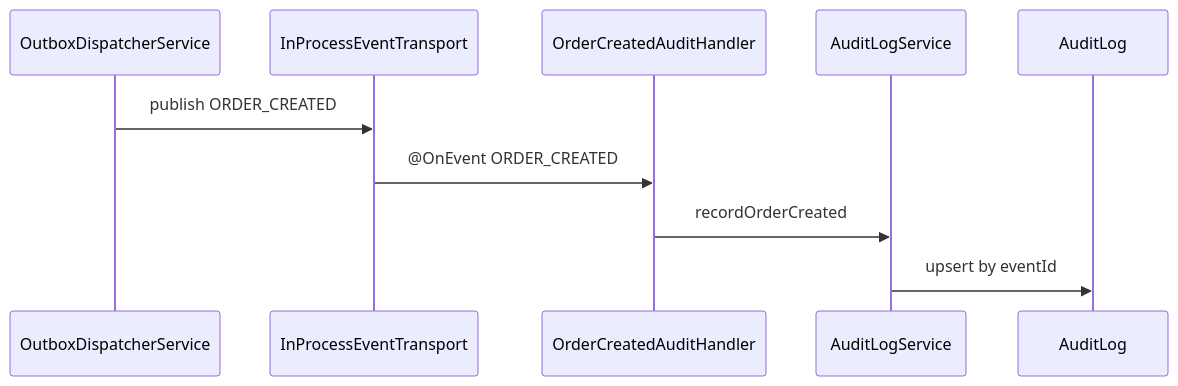
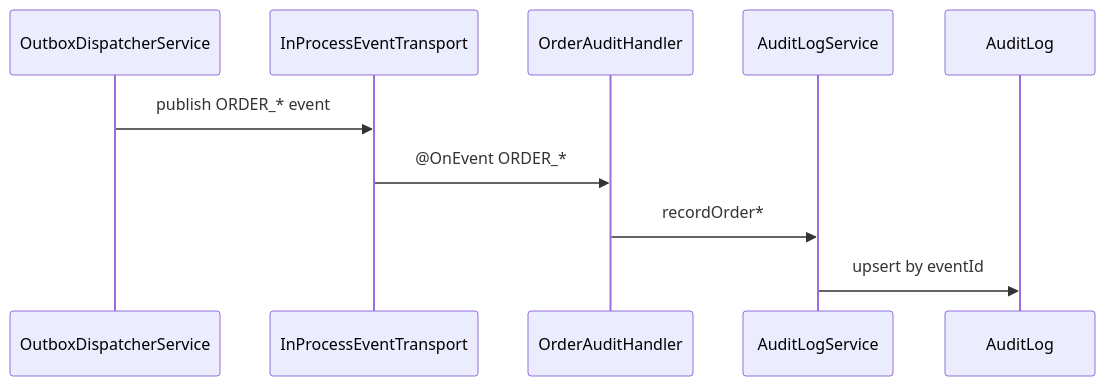
Before and after one commit to kevin-esq/binexus-platform: the diagram in docs/architecture/audit-log.md, drawn with Mermaid. The commit also changed other lines of this file and 14 other files, not shown here.

````diff
--- a/docs/architecture/audit-log.md
+++ b/docs/architecture/audit-log.md
@@ -25,13 +25,13 @@
 ```mermaid
 sequenceDiagram
     participant Dispatcher as OutboxDispatcherService
     participant Transport as InProcessEventTransport
-    participant Handler as OrderCreatedAuditHandler
+    participant Handler as OrderAuditHandler
     participant Audit as AuditLogService
     participant Table as AuditLog
 
-    Dispatcher->>Transport: publish ORDER_CREATED
-    Transport->>Handler: @OnEvent ORDER_CREATED
-    Handler->>Audit: recordOrderCreated
+    Dispatcher->>Transport: publish ORDER_* event
+    Transport->>Handler: @OnEvent ORDER_*
+    Handler->>Audit: recordOrder*
     Audit->>Table: upsert by eventId
 ```
````
